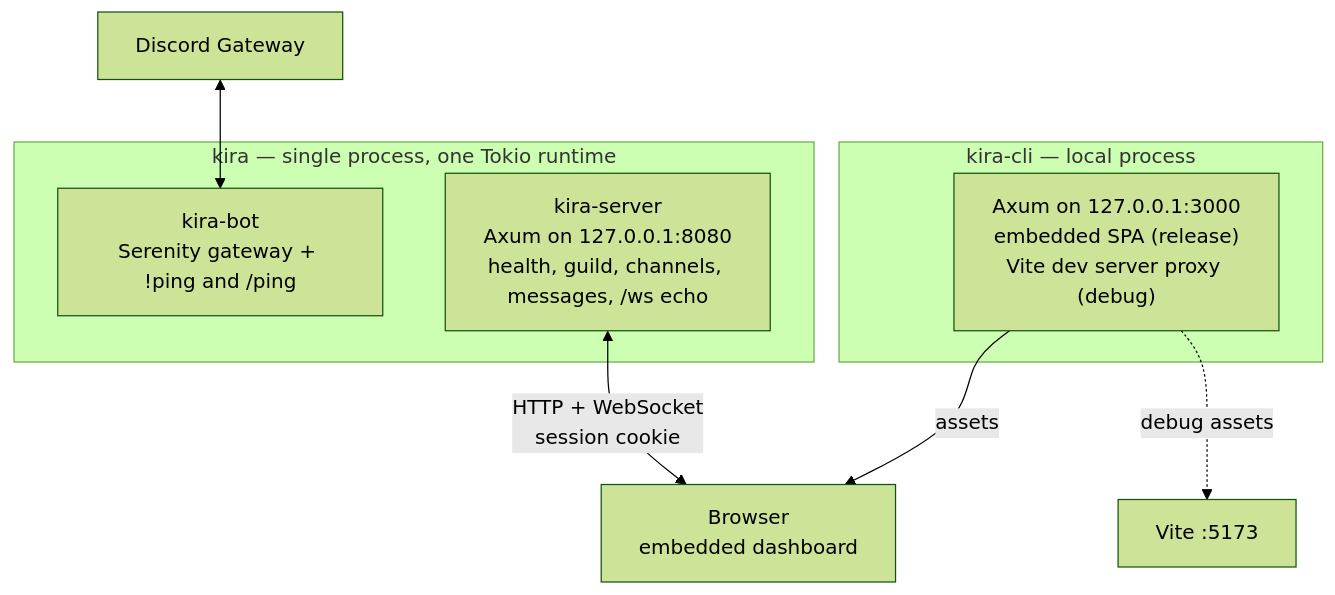
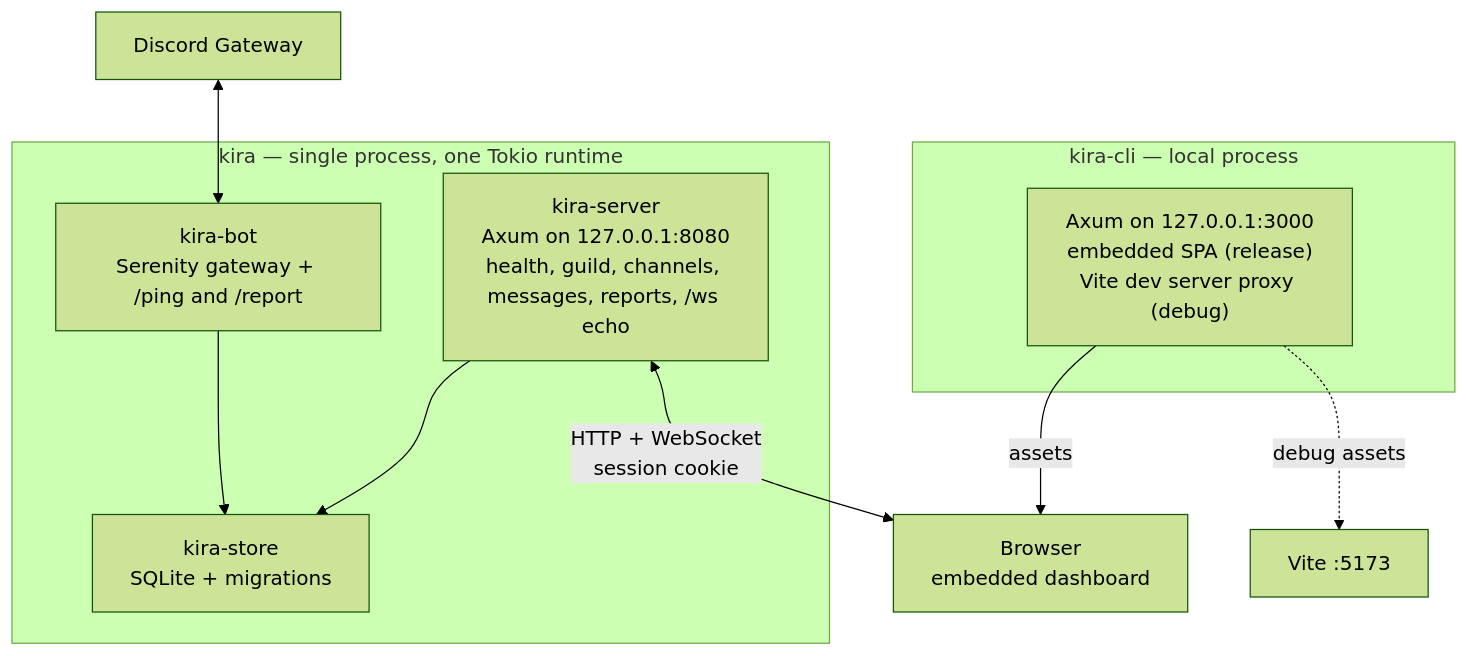
One commit to merzen-sh/kira changed the first of 2 diagrams in docs/ARCHITECTURE.md. Above: the diagram before and after it, drawn with Mermaid (forest theme). The commit also changed other lines of this file and 47 other files, not shown here.

````diff
--- a/docs/ARCHITECTURE.md
+++ b/docs/ARCHITECTURE.md
@@ -23,20 +23,23 @@
 ```mermaid
 flowchart TB
     GW["Discord Gateway"]
 
     subgraph KIRA["kira — single process, one Tokio runtime"]
-        BOT["kira-bot<br/>Serenity gateway + !ping and /ping"]
-        SERVER["kira-server<br/>Axum on 127.0.0.1:8080<br/>health, guild, channels, messages, /ws echo"]
+        BOT["kira-bot<br/>Serenity gateway + /ping and /report"]
+        SERVER["kira-server<br/>Axum on 127.0.0.1:8080<br/>health, guild, channels, messages, reports, /ws echo"]
+        STORE["kira-store<br/>SQLite + migrations"]
     end
 
     subgraph LOCAL["kira-cli — local process"]
         CLI["Axum on 127.0.0.1:3000<br/>embedded SPA (release)<br/>Vite dev server proxy (debug)"]
     end
 
     BROWSER["Browser<br/>embedded dashboard"]
 
     GW <--> BOT
+    BOT --> STORE
+    SERVER --> STORE
     SERVER <-->|"HTTP + WebSocket<br/>session cookie"| BROWSER
     CLI -->|"assets"| BROWSER
     CLI -.->|"debug assets"| VITE["Vite :5173"]
 ```
````
